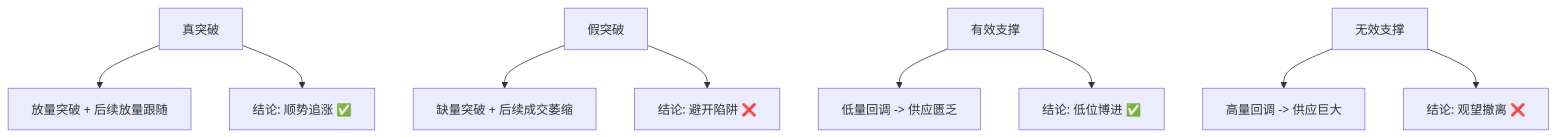
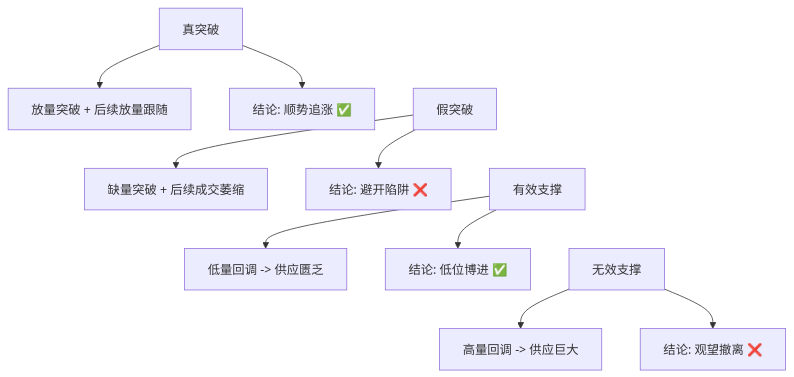
Before and after one commit to bigzhu/Wyckoff: the second of 2 diagrams in docs/第一章_聪明钱解读市场的工具/第五节_如何识别供应和需求扩大.md, drawn with Mermaid. The commit also changed other lines of this file and 5 other files, not shown here.

Commit message:
refactor: optimize layout, fix mermaid syntax, and restore content

````diff
--- a/docs/第一章_聪明钱解读市场的工具/第五节_如何识别供应和需求扩大.md
+++ b/docs/第一章_聪明钱解读市场的工具/第五节_如何识别供应和需求扩大.md
@@ -121,11 +120,17 @@
 ```mermaid
 graph TD
     A[真突破] --> B["放量突破 + 后续放量跟随"]
     A --> C["结论: 顺势追涨 ✅"]
+    
     D[假突破] --> E["缺量突破 + 后续成交萎缩"]
     D --> F["结论: 避开陷阱 ❌"]
+    
     G[有效支撑] --> H["低量回调 -> 供应匮乏"]
     G --> I["结论: 低位博进 ✅"]
+    
     J[无效支撑] --> K["高量回调 -> 供应巨大"]
     J --> L["结论: 观望撤离 ❌"]
+
+    %% 强制垂直排列，避免横向过宽
+    A ~~~ D ~~~ G ~~~ J
 ```
````
